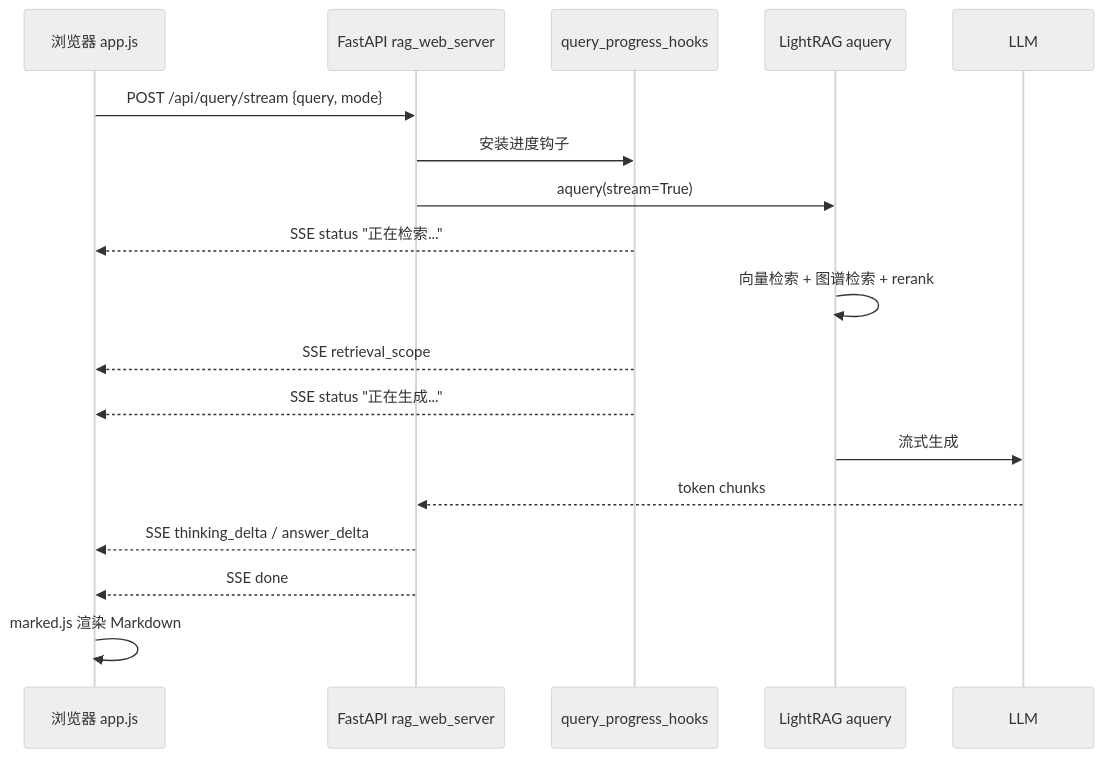
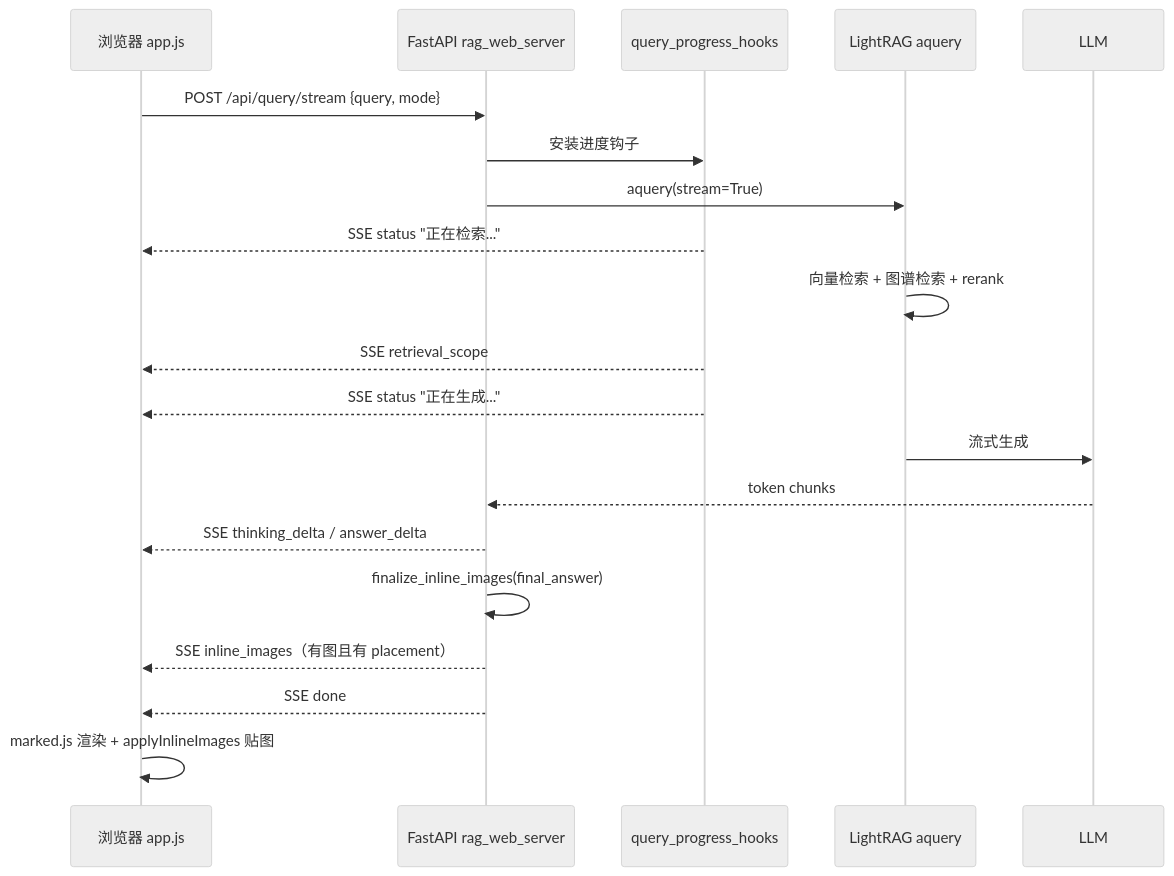
Before and after one commit to yiliangbetter/IndustrialRAG: the diagram in docs/网页问答界面.md, drawn with Mermaid (neutral theme). The commit also changed other lines of this file and 5 other files, not shown here.

First line of the commit message:
docs: sync OK0614_no_clarify placement, Web inline, and voice script tests

````diff
--- a/docs/网页问答界面.md
+++ b/docs/网页问答界面.md
@@ -223,21 +244,23 @@
 ```mermaid
 sequenceDiagram
     participant U as 浏览器 app.js
     participant F as FastAPI rag_web_server
     participant H as query_progress_hooks
     participant R as LightRAG aquery
     participant L as LLM
 
     U->>F: POST /api/query/stream {query, mode}
     F->>H: 安装进度钩子
     F->>R: aquery(stream=True)
     H-->>U: SSE status "正在检索..."
     R->>R: 向量检索 + 图谱检索 + rerank
     H-->>U: SSE retrieval_scope
     H-->>U: SSE status "正在生成..."
     R->>L: 流式生成
     L-->>F: token chunks
     F-->>U: SSE thinking_delta / answer_delta
+    F->>F: finalize_inline_images(final_answer)
+    F-->>U: SSE inline_images（有图且有 placement）
     F-->>U: SSE done
-    U->>U: marked.js 渲染 Markdown
+    U->>U: marked.js 渲染 + applyInlineImages 贴图
 ```
````
